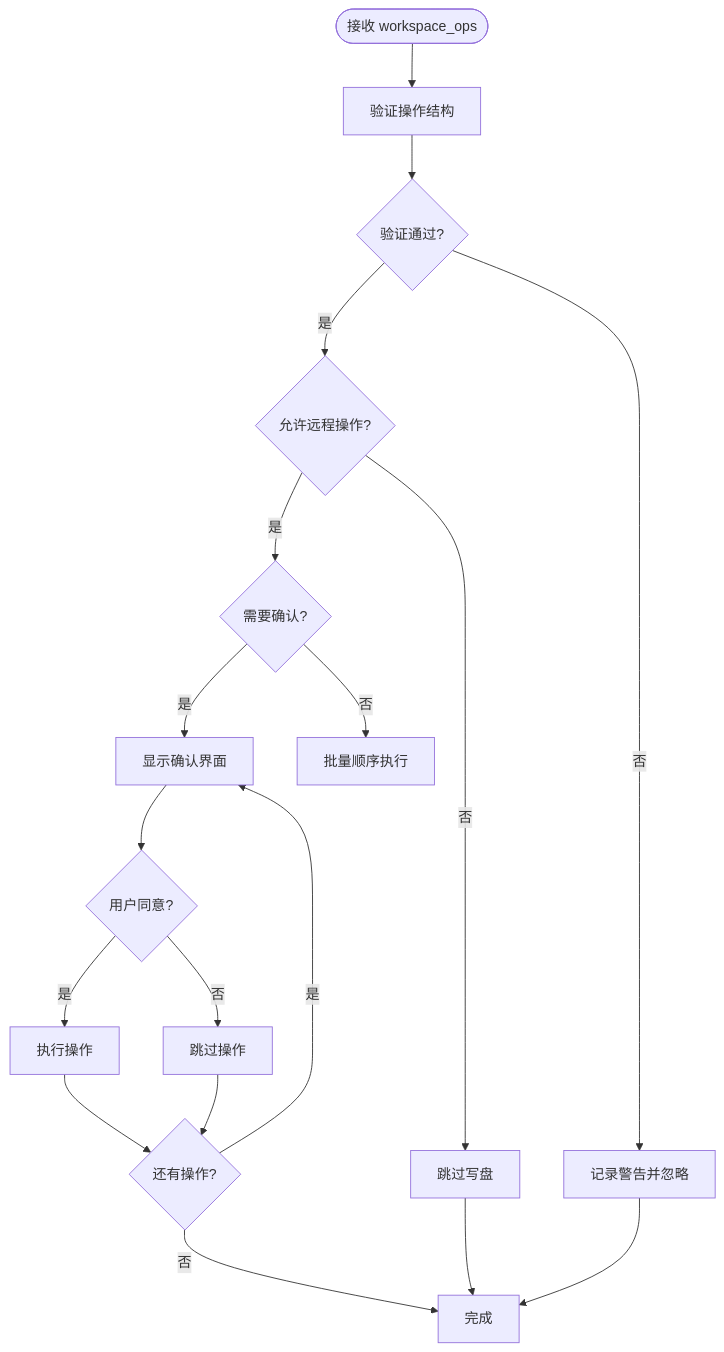
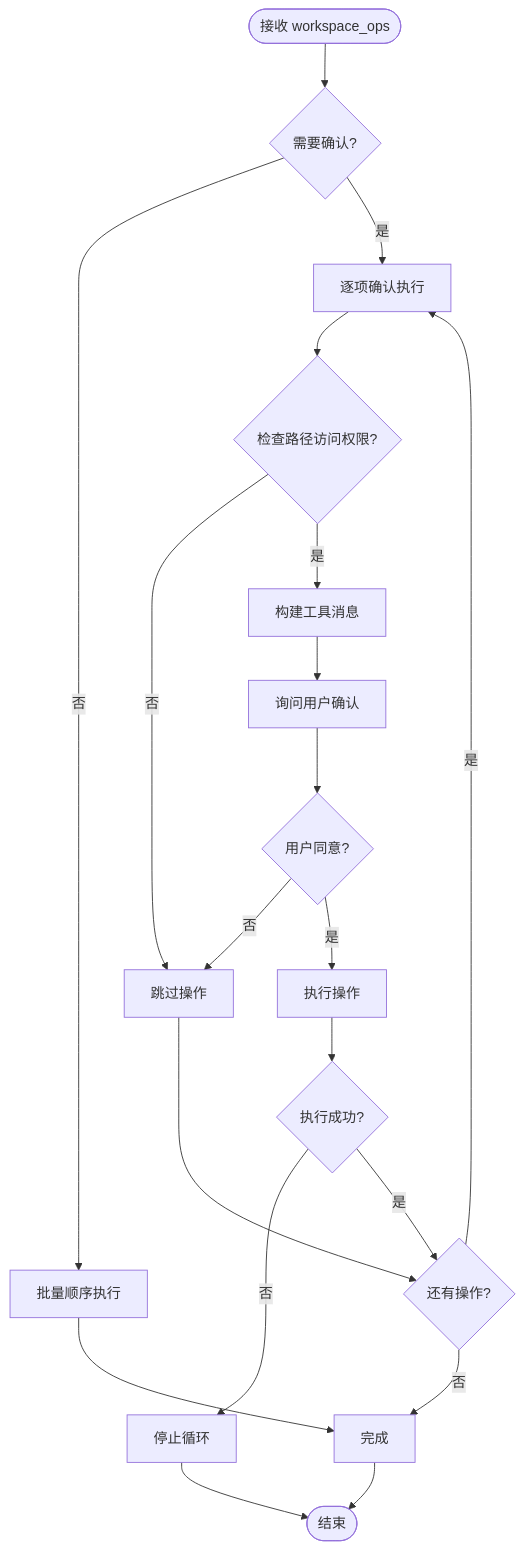
The sixth of 8 diagrams in .qoder/repowiki/zh/content/项目概述/核心功能特性/Cloud Agent 云代理系统/Cloud Agent 云代理系统.md (JunjieChen0/NJUST), drawn with Mermaid before and after one commit. The commit also changed other lines of this file and 37 other files, not shown here.

````diff
--- a/.qoder/repowiki/zh/content/项目概述/核心功能特性/Cloud Agent 云代理系统/Cloud Agent 云代理系统.md
+++ b/.qoder/repowiki/zh/content/项目概述/核心功能特性/Cloud Agent 云代理系统/Cloud Agent 云代理系统.md
@@ -200,20 +306,22 @@
 ```mermaid
 flowchart TD
-Start([接收 workspace_ops]) --> Validate[验证操作结构]
-Validate --> Valid{验证通过?}
-Valid --> |否| LogWarn[记录警告并忽略]
-Valid --> |是| CheckSetting{允许远程操作?}
-CheckSetting --> |否| Skip[跳过写盘]
-CheckSetting --> |是| CheckConfirm{需要确认?}
-CheckConfirm --> |是| ConfirmUI[显示确认界面]
+Start([接收 workspace_ops]) --> CheckConfirm{需要确认?}
 CheckConfirm --> |否| BatchApply[批量顺序执行]
-ConfirmUI --> UserDecision{用户同意?}
-UserDecision --> |否| SkipOp[跳过操作]
+CheckConfirm --> |是| LoopOps[逐项确认执行]
+LoopOps --> CheckAccess{检查路径访问权限?}
+CheckAccess --> |否| SkipOp[跳过操作]
+CheckAccess --> |是| BuildToolMessage[构建工具消息]
+BuildToolMessage --> AskUser[询问用户确认]
+AskUser --> UserDecision{用户同意?}
+UserDecision --> |否| SkipOp
 UserDecision --> |是| ApplyOp[执行操作]
-ApplyOp --> NextOp{还有操作?}
+ApplyOp --> CheckError{执行成功?}
+CheckError --> |否| StopLoop[停止循环]
+CheckError --> |是| NextOp{还有操作?}
 SkipOp --> NextOp
-NextOp --> |是| ConfirmUI
+NextOp --> |是| LoopOps
 NextOp --> |否| Complete[完成]
-Skip --> Complete
-LogWarn --> Complete
+BatchApply --> Complete
+Complete --> End([结束])
+StopLoop --> End
 ```
````
